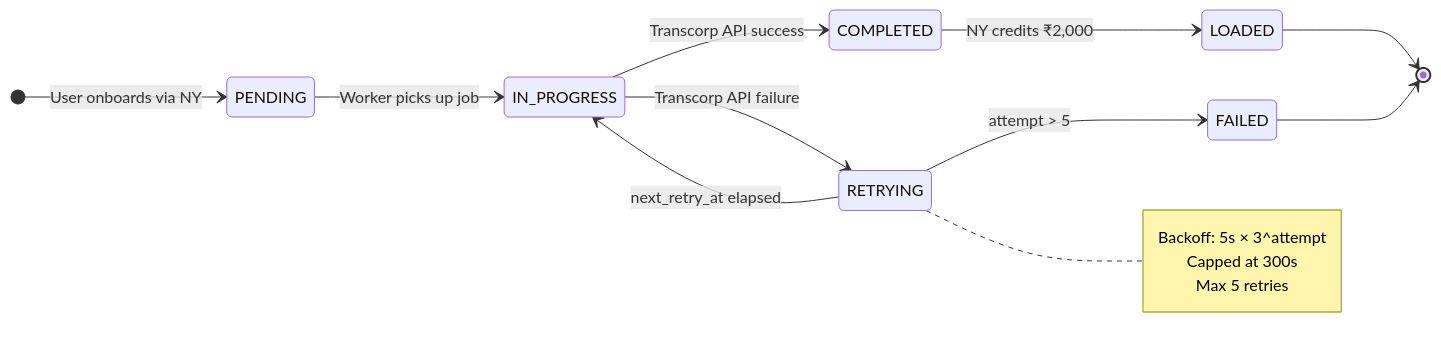
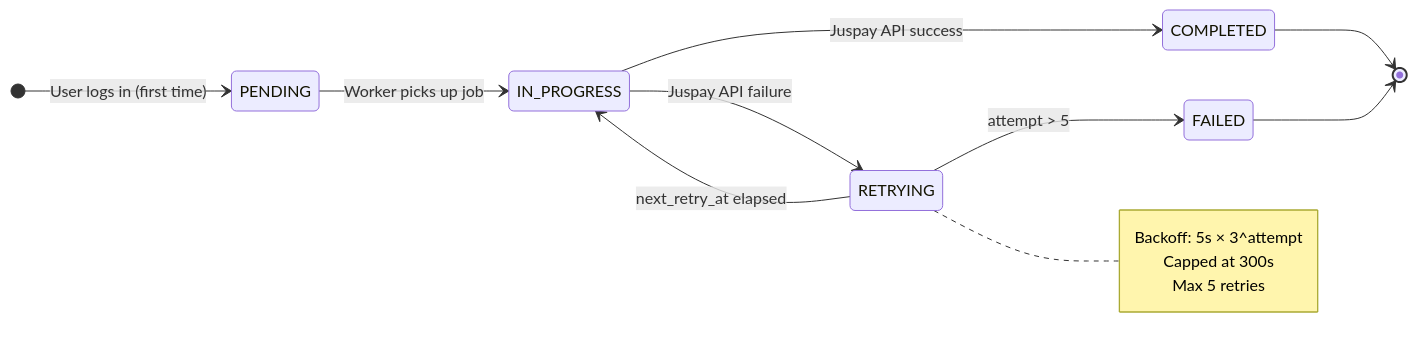
Before and after one commit to anu19981/aarokya-backend: the third of 3 diagrams in api-reference/architecture/system-overview.mdx, drawn with Mermaid. The commit also changed other lines of this file and 4 other files, not shown here.

````diff
--- a/api-reference/architecture/system-overview.mdx
+++ b/api-reference/architecture/system-overview.mdx
@@ -246,19 +168,18 @@
 ```mermaid
 stateDiagram-v2
     direction LR
-    [*] --> PENDING : User onboards via NY
+    [*] --> PENDING : User logs in (first time)
     PENDING --> IN_PROGRESS : Worker picks up job
-    IN_PROGRESS --> COMPLETED : Transcorp API success
-    IN_PROGRESS --> RETRYING : Transcorp API failure
+    IN_PROGRESS --> COMPLETED : Juspay API success
+    IN_PROGRESS --> RETRYING : Juspay API failure
     RETRYING --> IN_PROGRESS : next_retry_at elapsed
     RETRYING --> FAILED : attempt > 5
-    COMPLETED --> LOADED : NY credits ₹2,000
-    LOADED --> [*]
+    COMPLETED --> [*]
     FAILED --> [*]
 
     note right of RETRYING
         Backoff: 5s × 3^attempt
         Capped at 300s
         Max 5 retries
     end note
 ```
````
